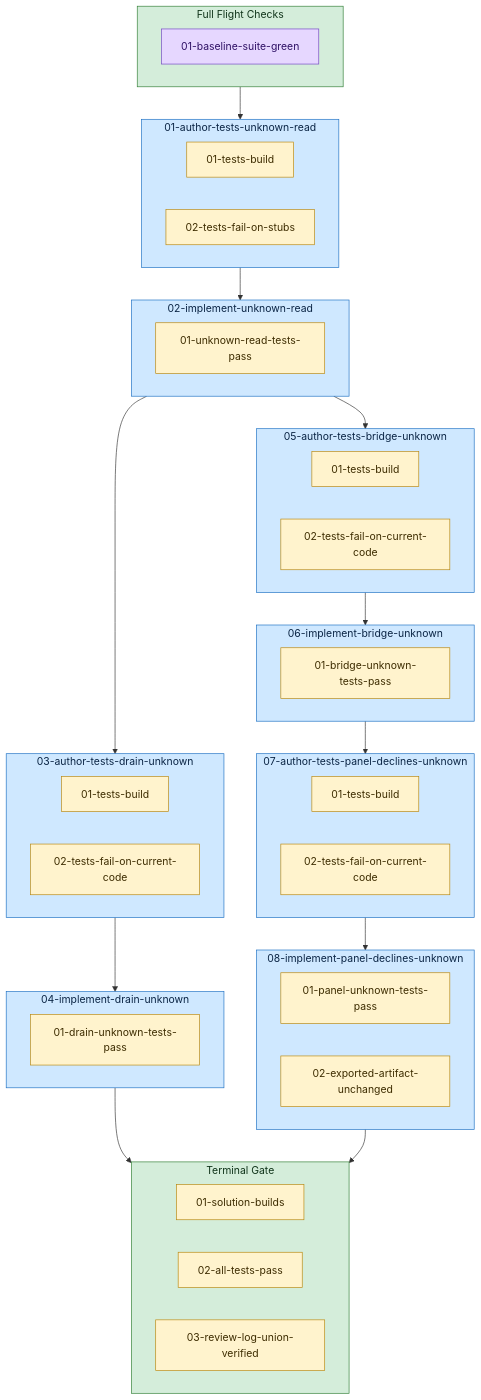
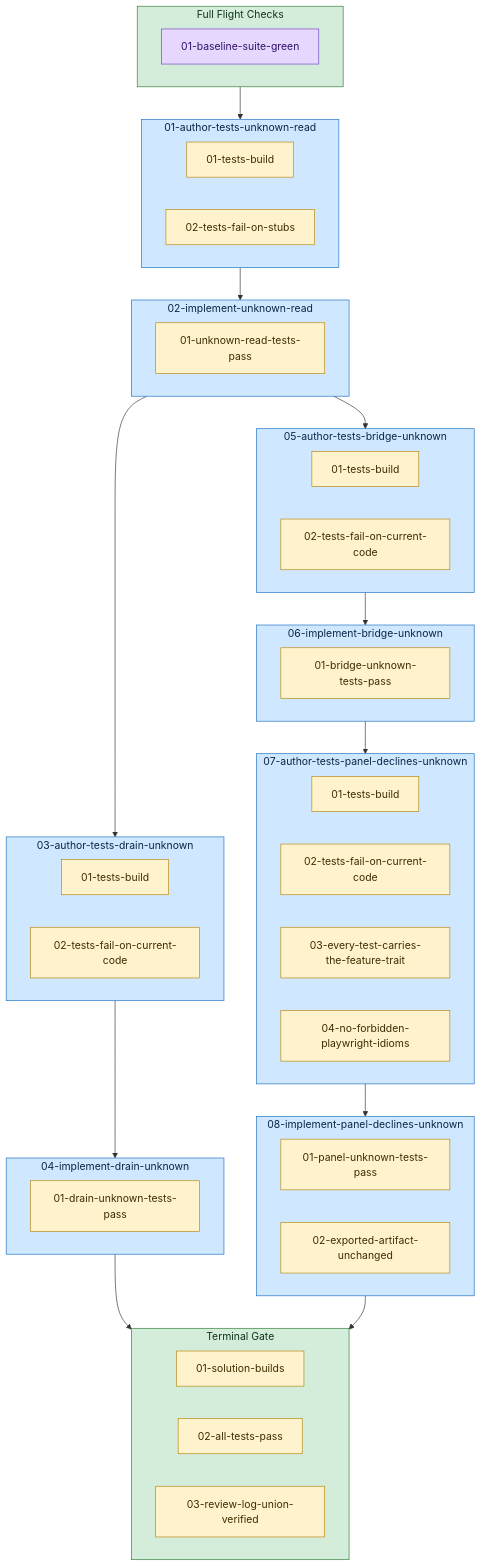
One commit to Servant-Software-LLC/Charter changed the diagram in docs/plans/221-review-log-unknown-state.charter/diagram.md. Above: the diagram before and after it, drawn with Mermaid. The commit also changed other lines of this file and 23 other files, not shown here.

````diff
--- a/docs/plans/221-review-log-unknown-state.charter/diagram.md
+++ b/docs/plans/221-review-log-unknown-state.charter/diagram.md
@@ -3,62 +3,64 @@
 ```mermaid
 flowchart TD
   subgraph plan_preflights["Full Flight Checks"]
     plan_preflights_0["01-baseline-suite-green"]:::preflight
   end
   style plan_preflights fill:#d4edda,stroke:#2e7d32,color:#10341a;
   subgraph task_01_author_tests_unknown_read["01-author-tests-unknown-read"]
     task_01_author_tests_unknown_read_gr_0["01-tests-build"]:::guardrail
     task_01_author_tests_unknown_read_gr_1["02-tests-fail-on-stubs"]:::guardrail
   end
   style task_01_author_tests_unknown_read fill:#cfe8ff,stroke:#1b6ec2,color:#0b2545;
   subgraph task_02_implement_unknown_read["02-implement-unknown-read"]
     task_02_implement_unknown_read_gr_0["01-unknown-read-tests-pass"]:::guardrail
   end
   style task_02_implement_unknown_read fill:#cfe8ff,stroke:#1b6ec2,color:#0b2545;
   subgraph task_03_author_tests_drain_unknown["03-author-tests-drain-unknown"]
     task_03_author_tests_drain_unknown_gr_0["01-tests-build"]:::guardrail
     task_03_author_tests_drain_unknown_gr_1["02-tests-fail-on-current-code"]:::guardrail
   end
   style task_03_author_tests_drain_unknown fill:#cfe8ff,stroke:#1b6ec2,color:#0b2545;
   subgraph task_04_implement_drain_unknown["04-implement-drain-unknown"]
     task_04_implement_drain_unknown_gr_0["01-drain-unknown-tests-pass"]:::guardrail
   end
   style task_04_implement_drain_unknown fill:#cfe8ff,stroke:#1b6ec2,color:#0b2545;
   subgraph task_05_author_tests_bridge_unknown["05-author-tests-bridge-unknown"]
     task_05_author_tests_bridge_unknown_gr_0["01-tests-build"]:::guardrail
     task_05_author_tests_bridge_unknown_gr_1["02-tests-fail-on-current-code"]:::guardrail
   end
   style task_05_author_tests_bridge_unknown fill:#cfe8ff,stroke:#1b6ec2,color:#0b2545;
   subgraph task_06_implement_bridge_unknown["06-implement-bridge-unknown"]
     task_06_implement_bridge_unknown_gr_0["01-bridge-unknown-tests-pass"]:::guardrail
   end
   style task_06_implement_bridge_unknown fill:#cfe8ff,stroke:#1b6ec2,color:#0b2545;
   subgraph task_07_author_tests_panel_declines_unknown["07-author-tests-panel-declines-unknown"]
     task_07_author_tests_panel_declines_unknown_gr_0["01-tests-build"]:::guardrail
     task_07_author_tests_panel_declines_unknown_gr_1["02-tests-fail-on-current-code"]:::guardrail
+    task_07_author_tests_panel_declines_unknown_gr_2["03-every-test-carries-the-feature-trait"]:::guardrail
+    task_07_author_tests_panel_declines_unknown_gr_3["04-no-forbidden-playwright-idioms"]:::guardrail
   end
   style task_07_author_tests_panel_declines_unknown fill:#cfe8ff,stroke:#1b6ec2,color:#0b2545;
   subgraph task_08_implement_panel_declines_unknown["08-implement-panel-declines-unknown"]
     task_08_implement_panel_declines_unknown_gr_0["01-panel-unknown-tests-pass"]:::guardrail
     task_08_implement_panel_declines_unknown_gr_1["02-exported-artifact-unchanged"]:::guardrail
   end
   style task_08_implement_panel_declines_unknown fill:#cfe8ff,stroke:#1b6ec2,color:#0b2545;
   subgraph plan_guardrails["Terminal Gate"]
     plan_guardrails_0["01-solution-builds"]:::guardrail
     plan_guardrails_1["02-all-tests-pass"]:::guardrail
     plan_guardrails_2["03-review-log-union-verified"]:::guardrail
   end
   style plan_guardrails fill:#d4edda,stroke:#2e7d32,color:#10341a;
   plan_preflights --> task_01_author_tests_unknown_read
   task_01_author_tests_unknown_read --> task_02_implement_unknown_read
   task_02_implement_unknown_read --> task_03_author_tests_drain_unknown
   task_02_implement_unknown_read --> task_05_author_tests_bridge_unknown
   task_03_author_tests_drain_unknown --> task_04_implement_drain_unknown
   task_05_author_tests_bridge_unknown --> task_06_implement_bridge_unknown
   task_06_implement_bridge_unknown --> task_07_author_tests_panel_declines_unknown
   task_07_author_tests_panel_declines_unknown --> task_08_implement_panel_declines_unknown
   task_04_implement_drain_unknown --> plan_guardrails
   task_08_implement_panel_declines_unknown --> plan_guardrails
   classDef preflight fill:#e6d7ff,stroke:#6f42c1,color:#2e1065;
   classDef guardrail fill:#fff3cd,stroke:#b8860b,color:#3d2c00;
 ```
````
